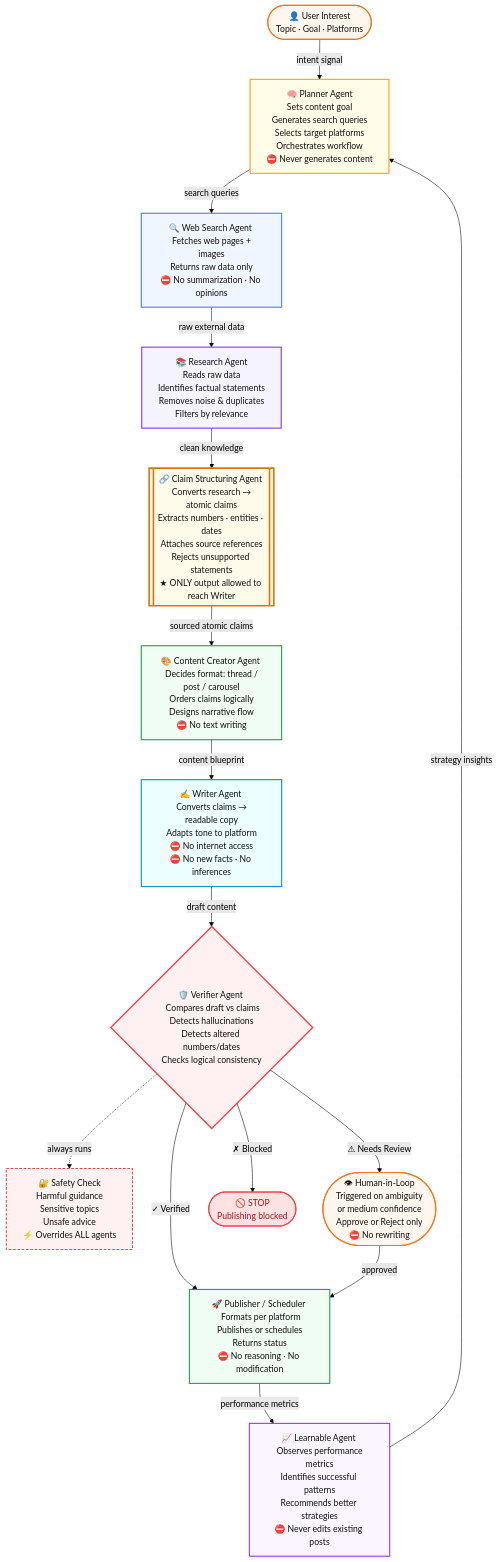
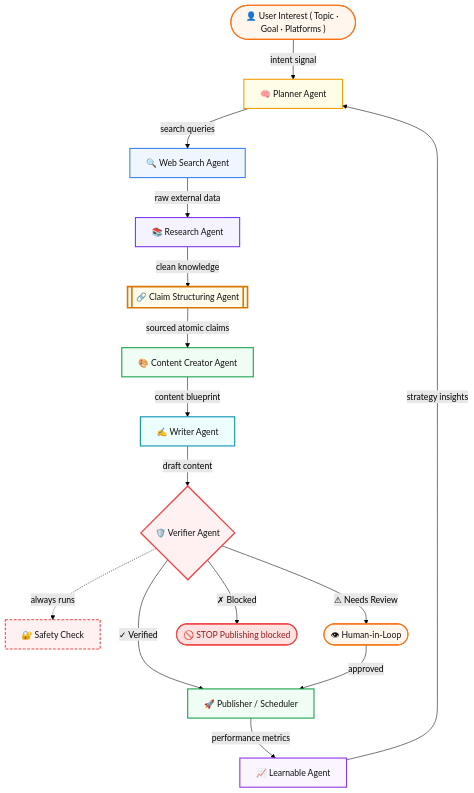
Before and after one commit to VenkateshRoshan/TrustPostAI: the diagram in README.md, drawn with Mermaid (forest theme).

Commit message:
architecture .md updated

````diff
--- a/README.md
+++ b/README.md
@@ -9,81 +9,81 @@
 ```mermaid
 flowchart TD
-    USER(["👤 User Interest\nTopic · Goal · Platforms"])
+    USER(["👤 User Interest ( Topic · Goal · Platforms )"])
 
-    PLANNER["🧠 Planner Agent \n Sets content goal\nGenerates search queries\nSelects target platforms\nOrchestrates workflow\n⛔ Never generates content"]
+    PLANNER["🧠 Planner Agent"]
 
-    SEARCH["🔍 Web Search Agent \n Fetches web pages + images\nReturns raw data only\n⛔ No summarization · No opinions"]
+    SEARCH["🔍 Web Search Agent"]
 
-    RESEARCH["📚 Research Agent \n Reads raw data\nIdentifies factual statements\nRemoves noise & duplicates\nFilters by relevance"]
+    RESEARCH["📚 Research Agent"]
 
-    CLAIMS[["🔗 Claim Structuring Agent \n Converts research → atomic claims\nExtracts numbers · entities · dates\nAttaches source references\nRejects unsupported statements\n★ ONLY output allowed to reach Writer"]]
+    CLAIMS[["🔗 Claim Structuring Agent"]]
 
-    CREATOR["🎨 Content Creator Agent \n Decides format: thread / post / carousel\nOrders claims logically\nDesigns narrative flow\n⛔ No text writing"]
+    CREATOR["🎨 Content Creator Agent"]
 
-    WRITER["✍️ Writer Agent \n Converts claims → readable copy\nAdapts tone to platform\n⛔ No internet access\n⛔ No new facts · No inferences"]
+    WRITER["✍️ Writer Agent"]
 
-    VERIFIER{"🛡️ Verifier Agent \n Compares draft vs claims\nDetects hallucinations\nDetects altered numbers/dates\nChecks logical consistency"}
+    VERIFIER{"🛡️ Verifier Agent"}
 
-    SAFETY["🔐 Safety Check \n Harmful guidance\nSensitive topics\nUnsafe advice\n⚡ Overrides ALL agents"]
+    SAFETY["🔐 Safety Check"]
 
-    HUMAN(["👁 Human-in-Loop \n Triggered on ambiguity\nor medium confidence\nApprove or Reject only\n⛔ No rewriting"])
+    HUMAN(["👁 Human-in-Loop"])
 
-    STOP(["🚫 STOP\nPublishing blocked"])
+    STOP(["🚫 STOP Publishing blocked"])
 
-    PUBLISHER["🚀 Publisher / Scheduler \n Formats per platform\nPublishes or schedules\nReturns status\n⛔ No reasoning · No modification"]
+    PUBLISHER["🚀 Publisher / Scheduler"]
 
-    LEARN["📈 Learnable Agent \n Observes performance metrics\nIdentifies successful patterns\nRecommends better strategies\n⛔ Never edits existing posts"]
+    LEARN["📈 Learnable Agent"]
 
     %% Main pipeline
     USER -->|"intent signal"| PLANNER
     PLANNER -->|"search queries"| SEARCH
     SEARCH -->|"raw external data"| RESEARCH
     RESEARCH -->|"clean knowledge"| CLAIMS
     CLAIMS -->|"sourced atomic claims"| CREATOR
     CREATOR -->|"content blueprint"| WRITER
     WRITER -->|"draft content"| VERIFIER
 
     %% Safety always runs alongside Verifier
     VERIFIER -.->|"always runs"| SAFETY
 
     %% Verifier outcomes
     VERIFIER -->|"✓ Verified"| PUBLISHER
     VERIFIER -->|"⚠ Needs Review"| HUMAN
     VERIFIER -->|"✗ Blocked"| STOP
 
     %% Human loop
     HUMAN -->|"approved"| PUBLISHER
 
     %% Publisher → Learnable → Planner feedback
     PUBLISHER -->|"performance metrics"| LEARN
     LEARN -->|"strategy insights"| PLANNER
 
     %% Styling
     classDef default fill:#fff,stroke:#333,stroke-width:1.5px,color:#111
     classDef controller fill:#fffde7,stroke:#f59e0b,stroke-width:2px,color:#111
     classDef tool fill:#eff6ff,stroke:#3b82f6,stroke-width:2px,color:#111
     classDef research fill:#f5f3ff,stroke:#7c3aed,stroke-width:2px,color:#111
     classDef truthgate fill:#fffbeb,stroke:#d97706,stroke-width:3px,color:#111
     classDef creator fill:#f0fdf4,stroke:#16a34a,stroke-width:2px,color:#111
     classDef writer fill:#ecfeff,stroke:#0891b2,stroke-width:2px,color:#111
     classDef guard fill:#fff1f2,stroke:#ef4444,stroke-width:2.5px,color:#111
     classDef safety fill:#fff1f2,stroke:#ef4444,stroke-width:2px,stroke-dasharray:5 3,color:#111
     classDef human fill:#fff7ed,stroke:#f97316,stroke-width:2px,color:#111
     classDef publisher fill:#f0fdf4,stroke:#16a34a,stroke-width:2px,color:#111
     classDef learnable fill:#faf5ff,stroke:#9333ea,stroke-width:2px,color:#111
     classDef stop fill:#fee2e2,stroke:#ef4444,stroke-width:2px,color:#991b1b
 
     class USER human
     class PLANNER controller
     class SEARCH tool
     class RESEARCH research
     class CLAIMS truthgate
     class CREATOR creator
     class WRITER writer
     class VERIFIER guard
     class SAFETY safety
     class HUMAN human
     class STOP stop
     class PUBLISHER publisher
     class LEARN learnable
 ```
````
